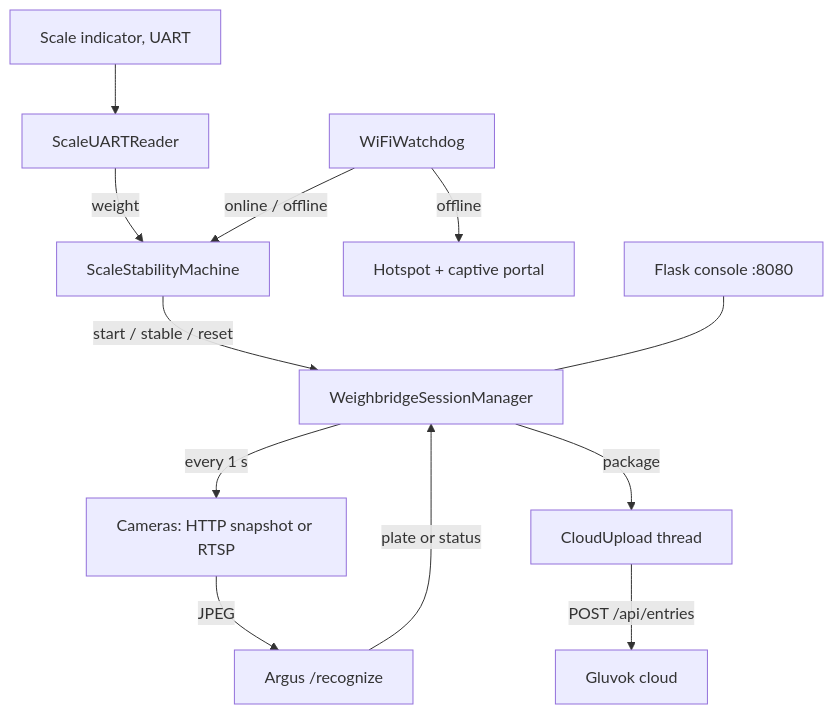
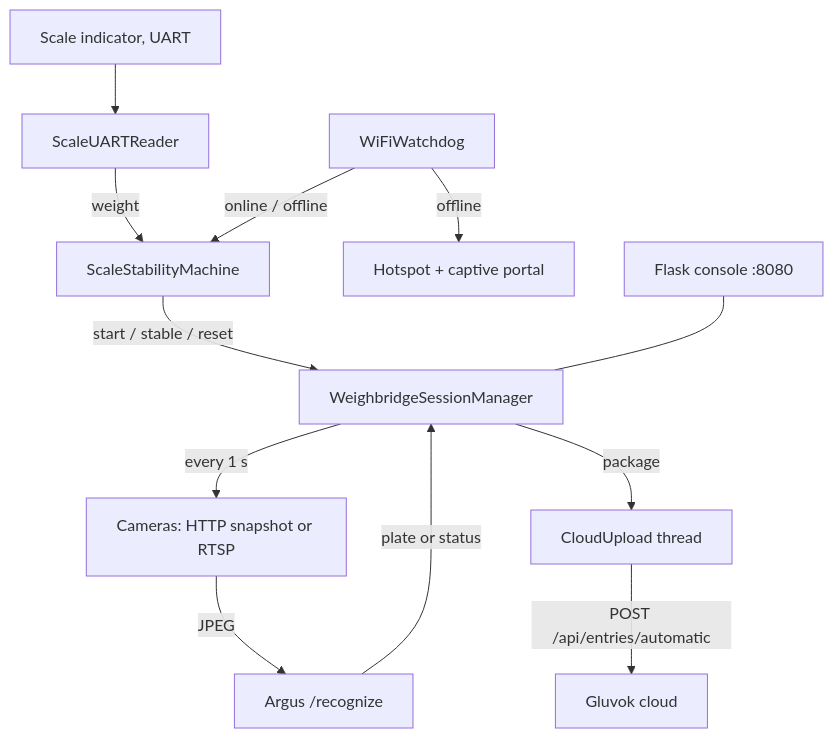
One commit to gluvok/hermes changed the diagram in docs/ARCHITECTURE.md. Above: the diagram before and after it, drawn with Mermaid. The commit also changed other lines of this file and 4 other files, not shown here.

````diff
--- a/docs/ARCHITECTURE.md
+++ b/docs/ARCHITECTURE.md
@@ -11,14 +11,14 @@
 ```mermaid
 graph TD
     Scale[Scale indicator, UART] --> UART[ScaleUARTReader]
     UART -->|weight| Stab[ScaleStabilityMachine]
     Stab -->|start / stable / reset| Sess[WeighbridgeSessionManager]
     Sess -->|every 1 s| Cams[Cameras: HTTP snapshot or RTSP]
     Cams -->|JPEG| Argus[Argus /recognize]
     Argus -->|plate or status| Sess
     Sess -->|package| Upload[CloudUpload thread]
-    Upload -->|POST /api/entries| Cloud[Gluvok cloud]
+    Upload -->|POST /api/entries/automatic| Cloud[Gluvok cloud]
     Watchdog[WiFiWatchdog] -->|online / offline| Stab
     Watchdog -->|offline| Hotspot[Hotspot + captive portal]
     Web[Flask console :8080] --- Sess
 ```
````
